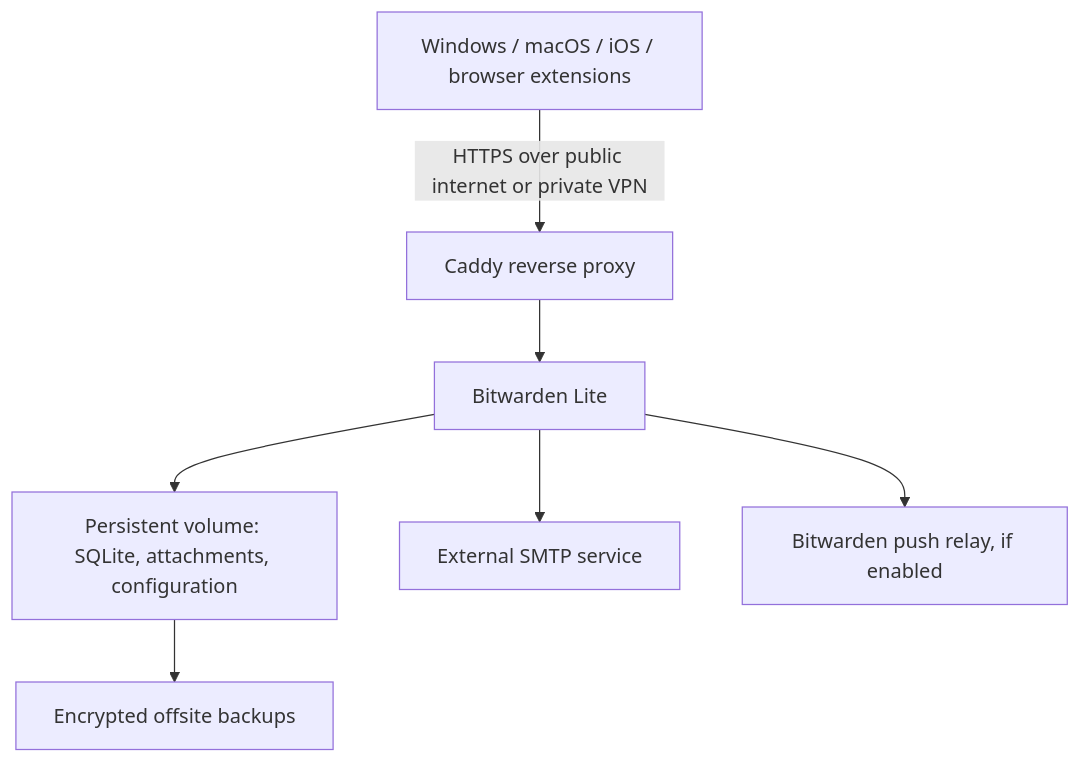
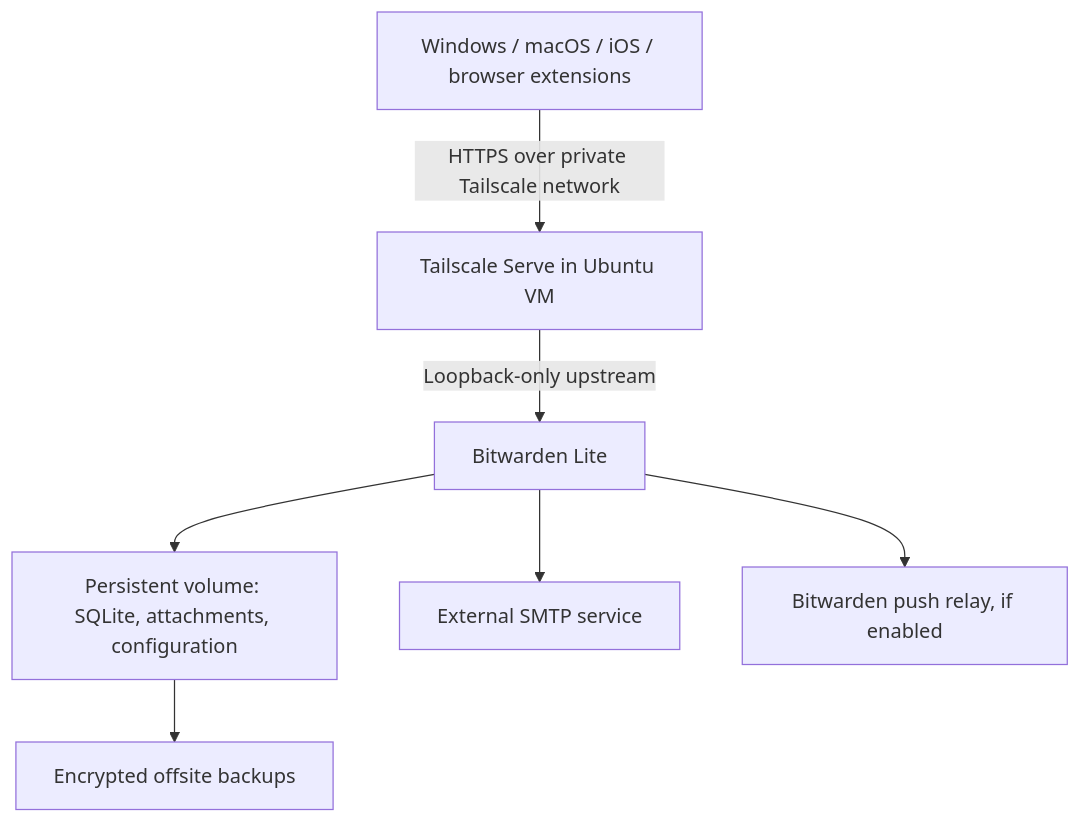
The diagram in docs/self-hosted-bitwarden-design-plan.md (kuroega/bitwarden-clients), drawn with Mermaid before and after one commit. The commit also changed other lines of this file, not shown here.

Commit message:
docs: confirm personal use and private Tailscale access

````diff
--- a/docs/self-hosted-bitwarden-design-plan.md
+++ b/docs/self-hosted-bitwarden-design-plan.md
@@ -32,10 +36,10 @@
 ```mermaid
 flowchart TD
     Clients["Windows / macOS / iOS / browser extensions"]
-    Clients -->|"HTTPS over public internet or private VPN"| Proxy["Caddy reverse proxy"]
-    Proxy --> Server["Bitwarden Lite"]
+    Clients -->|"HTTPS over private Tailscale network"| Proxy["Tailscale Serve in Ubuntu VM"]
+    Proxy -->|"Loopback-only upstream"| Server["Bitwarden Lite"]
     Server --> Storage["Persistent volume: SQLite, attachments, configuration"]
     Server --> SMTP["External SMTP service"]
     Server --> Push["Bitwarden push relay, if enabled"]
     Storage --> Backup["Encrypted offsite backups"]
 ```
````
